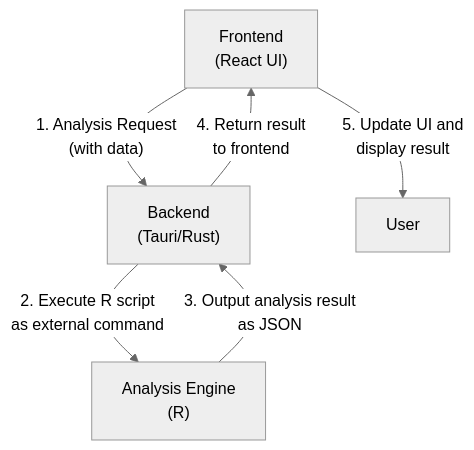
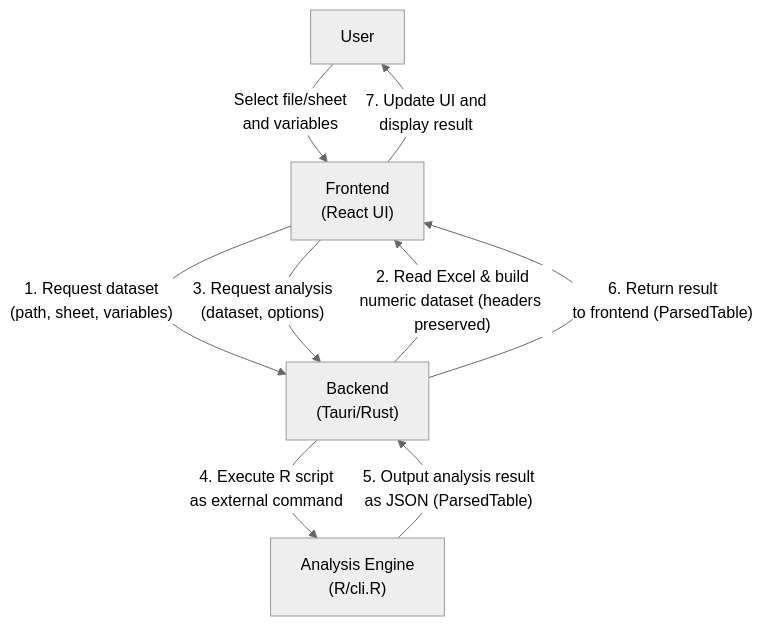
The first of 3 diagrams in docs/ARCHITECTURE.md (stkii/sai), drawn with Mermaid (neutral theme) before and after one commit. The commit also changed other lines of this file and 1 other file, not shown here.

````diff
--- a/docs/ARCHITECTURE.md
+++ b/docs/ARCHITECTURE.md
@@ -7,8 +7,11 @@
 ```mermaid
 flowchart TD
-    A["Frontend<br/>(React UI)"] -->|"1. Analysis Request<br/>(with data)"| B["Backend<br/>(Tauri/Rust)"]
-    B -->|"2. Execute R script<br/>as external command"| C["Analysis Engine<br/>(R)"]
-    C -->|"3. Output analysis result<br/>as JSON"| B
-    B -->|"4. Return result<br/>to frontend"| A
-    A -->|"5. Update UI and<br/>display result"| D["User"]
+    D["User"] -->|"Select file/sheet<br/>and variables"| A["Frontend<br/>(React UI)"]
+    A -->|"1. Request dataset<br/>(path, sheet, variables)"| B["Backend<br/>(Tauri/Rust)"]
+    B -->|"2. Read Excel & build<br/>numeric dataset (headers preserved)"| A
+    A -->|"3. Request analysis<br/>(dataset, options)"| B
+    B -->|"4. Execute R script<br/>as external command"| C["Analysis Engine<br/>(R/cli.R)"]
+    C -->|"5. Output analysis result<br/>as JSON (ParsedTable)"| B
+    B -->|"6. Return result<br/>to frontend (ParsedTable)"| A
+    A -->|"7. Update UI and<br/>display result"| D
 ```
````
